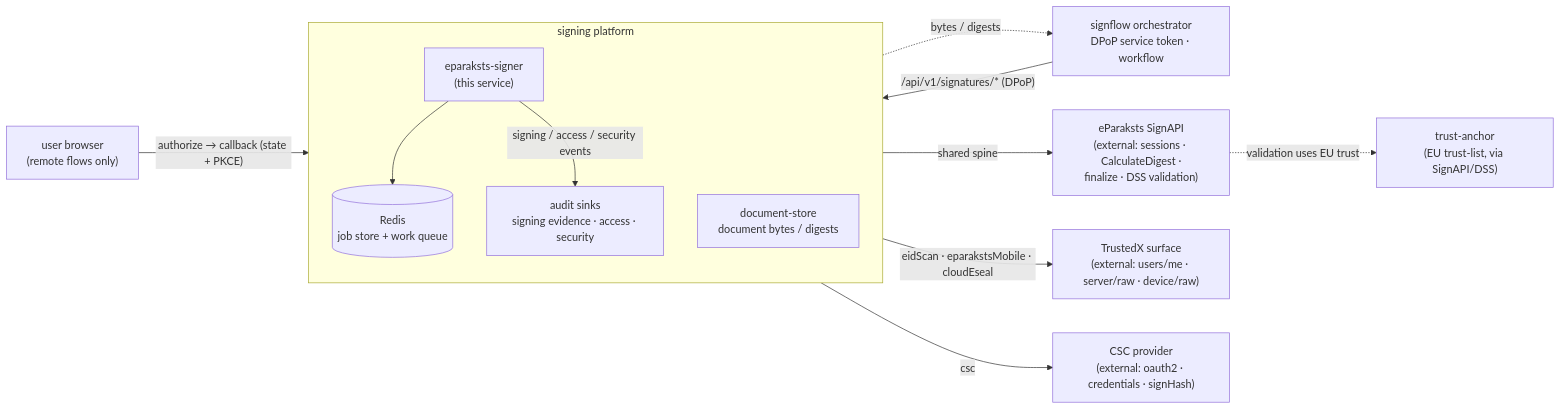
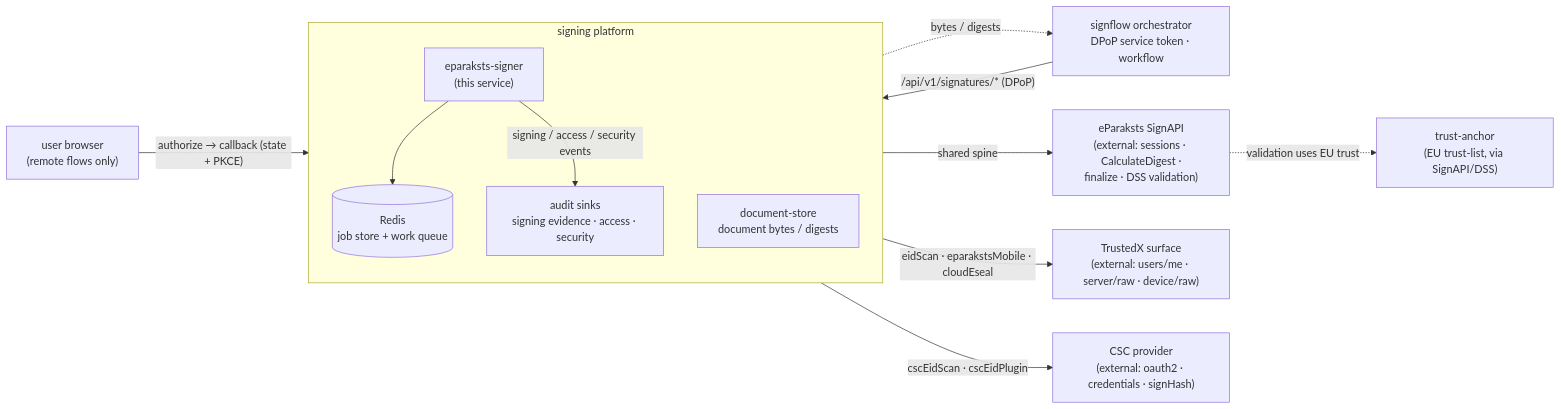
Before and after one commit to signbyte/eparaksts-signer: the first of 4 diagrams in README.md, drawn with Mermaid. The commit also changed other lines of this file and 17 other files, not shown here.

Commit message:
Split the CSC signing flow in two, by how the eID card is read

````diff
--- a/README.md
+++ b/README.md
@@ -17,28 +17,28 @@
 ```mermaid
 flowchart LR
     SF["signflow orchestrator<br/>DPoP service token · workflow"]
     BR["user browser<br/>(remote flows only)"]
 
     subgraph Fleet["signing platform"]
         direction TB
         GO["eparaksts-signer<br/>(this service)"]
         DS["document-store<br/>document bytes / digests"]
         RDS[(Redis<br/>job store + work queue)]
         AUD["audit sinks<br/>signing evidence · access · security"]
     end
 
     SAPI["eParaksts SignAPI<br/>(external: sessions · CalculateDigest ·<br/>finalize · DSS validation)"]
     TX["TrustedX surface<br/>(external: users/me · server/raw · device/raw)"]
     CSC["CSC provider<br/>(external: oauth2 · credentials · signHash)"]
     TA["trust-anchor<br/>(EU trust-list, via SignAPI/DSS)"]
 
     SF -- "/api/v1/signatures/* (DPoP)" --> GO
     DS -. "bytes / digests" .-> SF
     BR -- "authorize → callback (state + PKCE)" --> GO
     GO --> RDS
     GO -- "shared spine" --> SAPI
     GO -- "eidScan · eparakstsMobile · cloudEseal" --> TX
-    GO -- "csc" --> CSC
+    GO -- "cscEidScan · cscEidPlugin" --> CSC
     GO -- "signing / access / security events" --> AUD
     SAPI -. "validation uses EU trust" .-> TA
 ```
````
